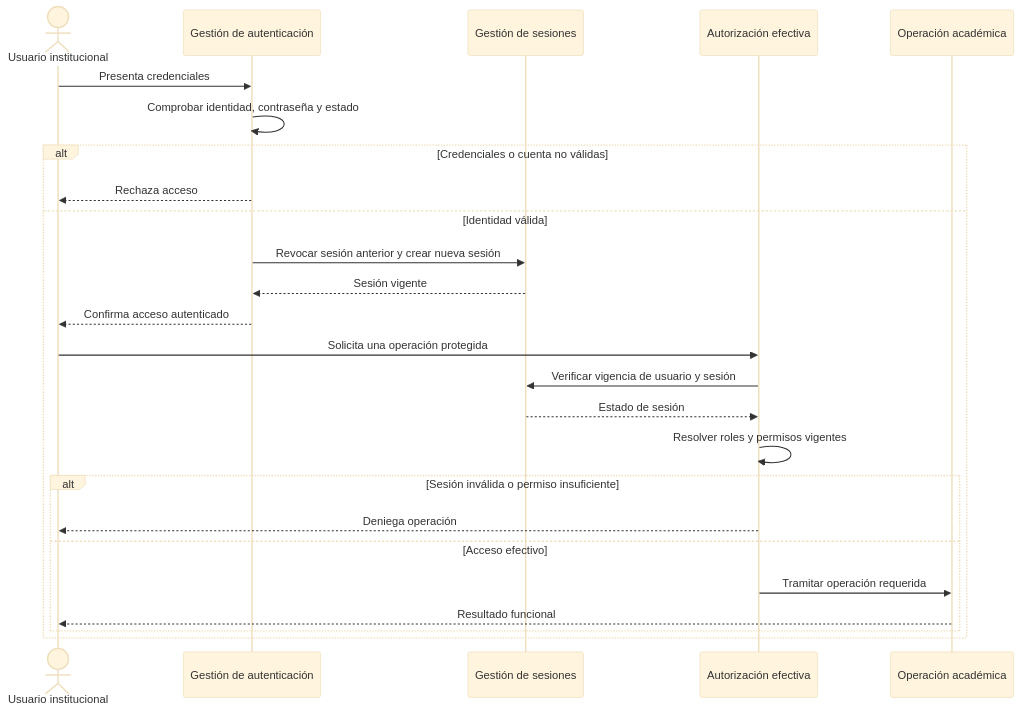
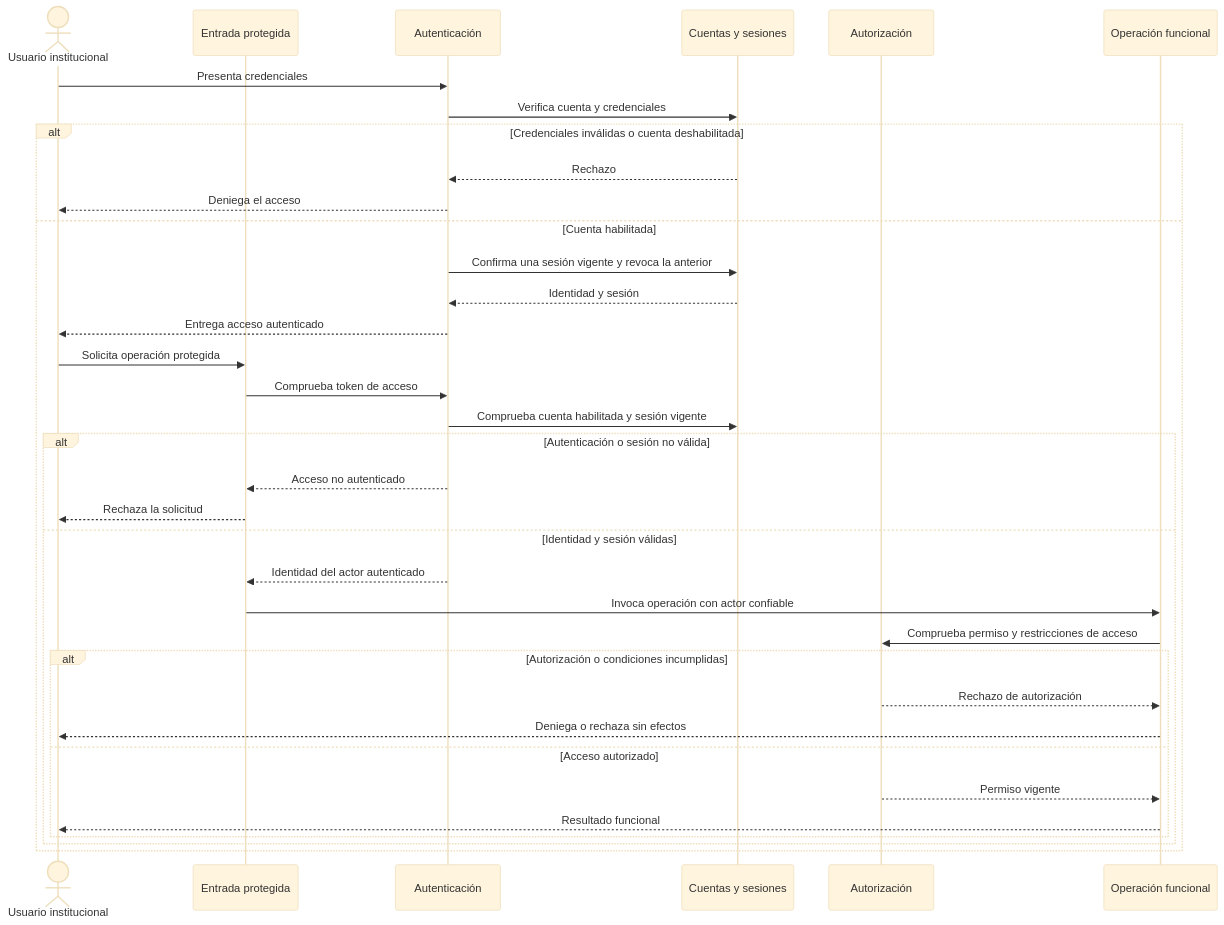
One commit to EderPanta18/academic-management-api changed the seventh of 7 diagrams in docs/04-analysis/04-interaction-sequences.md. Above: the diagram before and after it, drawn with Mermaid (base theme). The commit also changed other lines of this file and 24 other files, not shown here.

Commit message:
docs: update architecture and access control

````diff
--- a/docs/04-analysis/04-interaction-sequences.md
+++ b/docs/04-analysis/04-interaction-sequences.md
@@ -242,28 +242,38 @@
 ```mermaid
 sequenceDiagram
     actor Usuario as Usuario institucional
-    participant Acceso as Gestión de autenticación
-    participant Sesion as Gestión de sesiones
-    participant Permisos as Autorización efectiva
-    participant Funcion as Operación académica
+    participant Entrada as Entrada protegida
+    participant Autenticacion as Autenticación
+    participant Cuentas as Cuentas y sesiones
+    participant Autorizacion as Autorización
+    participant Operacion as Operación funcional
 
-    Usuario->>Acceso: Presenta credenciales
-    Acceso->>Acceso: Comprobar identidad, contraseña y estado
-    alt Credenciales o cuenta no válidas
-        Acceso-->>Usuario: Rechaza acceso
-    else Identidad válida
-        Acceso->>Sesion: Revocar sesión anterior y crear nueva sesión
-        Sesion-->>Acceso: Sesión vigente
-        Acceso-->>Usuario: Confirma acceso autenticado
-        Usuario->>Permisos: Solicita una operación protegida
-        Permisos->>Sesion: Verificar vigencia de usuario y sesión
-        Sesion-->>Permisos: Estado de sesión
-        Permisos->>Permisos: Resolver roles y permisos vigentes
-        alt Sesión inválida o permiso insuficiente
-            Permisos-->>Usuario: Deniega operación
-        else Acceso efectivo
-            Permisos->>Funcion: Tramitar operación requerida
-            Funcion-->>Usuario: Resultado funcional
+    Usuario->>Autenticacion: Presenta credenciales
+    Autenticacion->>Cuentas: Verifica cuenta y credenciales
+    alt Credenciales inválidas o cuenta deshabilitada
+        Cuentas-->>Autenticacion: Rechazo
+        Autenticacion-->>Usuario: Deniega el acceso
+    else Cuenta habilitada
+        Autenticacion->>Cuentas: Confirma una sesión vigente y revoca la anterior
+        Cuentas-->>Autenticacion: Identidad y sesión
+        Autenticacion-->>Usuario: Entrega acceso autenticado
+        Usuario->>Entrada: Solicita operación protegida
+        Entrada->>Autenticacion: Comprueba token de acceso
+        Autenticacion->>Cuentas: Comprueba cuenta habilitada y sesión vigente
+        alt Autenticación o sesión no válida
+            Autenticacion-->>Entrada: Acceso no autenticado
+            Entrada-->>Usuario: Rechaza la solicitud
+        else Identidad y sesión válidas
+            Autenticacion-->>Entrada: Identidad del actor autenticado
+            Entrada->>Operacion: Invoca operación con actor confiable
+            Operacion->>Autorizacion: Comprueba permiso y restricciones de acceso
+            alt Autorización o condiciones incumplidas
+                Autorizacion-->>Operacion: Rechazo de autorización
+                Operacion-->>Usuario: Deniega o rechaza sin efectos
+            else Acceso autorizado
+                Autorizacion-->>Operacion: Permiso vigente
+                Operacion-->>Usuario: Resultado funcional
+            end
         end
     end
 ```
````
